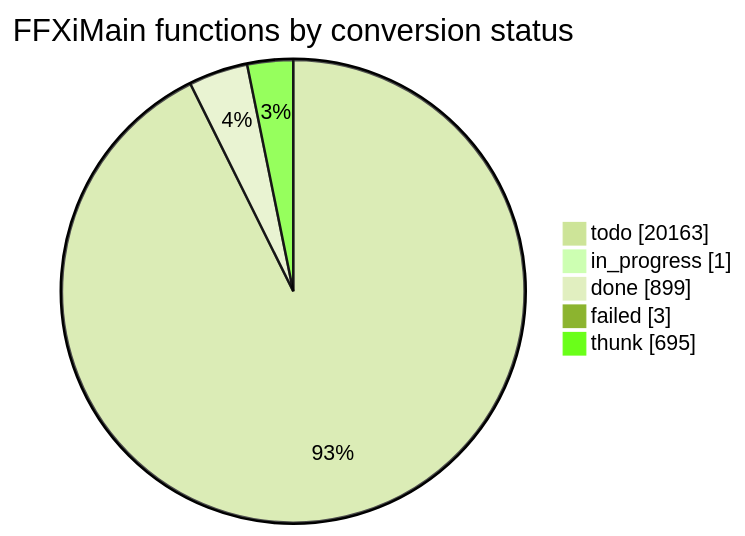
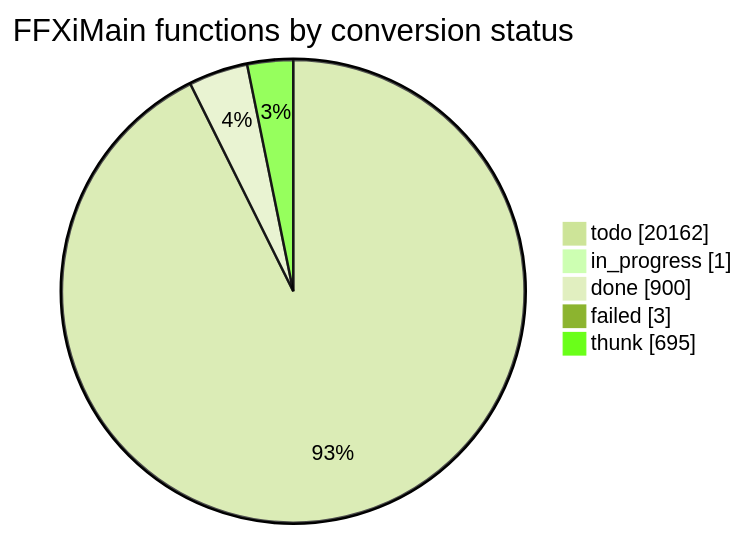
The diagram in docs/cow/STATUS.md (cowrevenge/cow_kuluu_xi_anything), drawn with Mermaid (forest theme) before and after one commit. The commit also changed other lines of this file and 9 other files, not shown here.

````diff
--- a/docs/cow/STATUS.md
+++ b/docs/cow/STATUS.md
@@ -18,9 +18,9 @@
 ```mermaid
 pie showData
     title FFXiMain functions by conversion status
-    "todo" : 20163
+    "todo" : 20162
     "in_progress" : 1
-    "done" : 899
+    "done" : 900
     "failed" : 3
     "thunk" : 695
 ```
````
